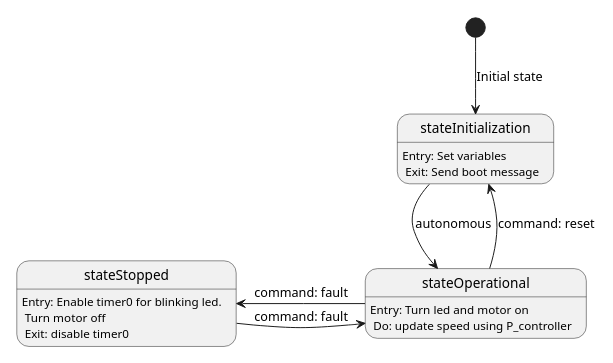
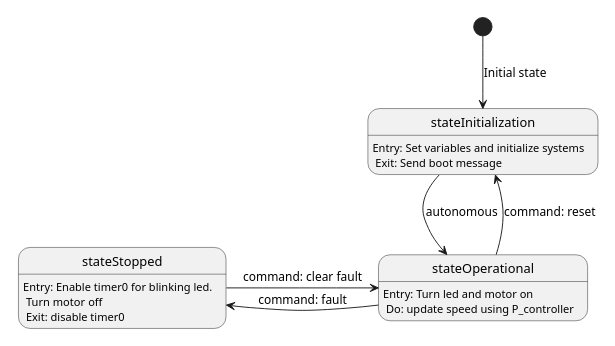
The diagram in Group_project_3/docs/diagrams/src/state.puml (JonkiTroll/Embedded_Systems), drawn with PlantUML before and after one commit.

Commit message:
Update diagram according to what main is actually doing

```diff
--- a/Group_project_3/docs/diagrams/src/state.puml
+++ b/Group_project_3/docs/diagrams/src/state.puml
@@ -1,16 +1,16 @@
 @startuml
 'https://plantuml.com/state-diagram
 
 scale 350 width
 
-stateInitialization:        Entry: Set variables\n Exit: Send boot message
+stateInitialization:        Entry: Set variables and initialize systems\n Exit: Send boot message
 stateOperational:           Entry: Turn led and motor on\n Do: update speed using P_controller
 stateStopped:               Entry: Enable timer0 for blinking led.\n Turn motor off\n Exit: disable timer0
 
 [*]-down->stateInitialization: Initial state
 stateInitialization -down-> stateOperational: autonomous
 stateOperational -up-> stateInitialization: command: reset
 stateOperational -right-> stateStopped: command: fault
-stateStopped -right-> stateOperational: command: fault
+stateStopped -right-> stateOperational: command: clear fault
 
 @enduml
```
